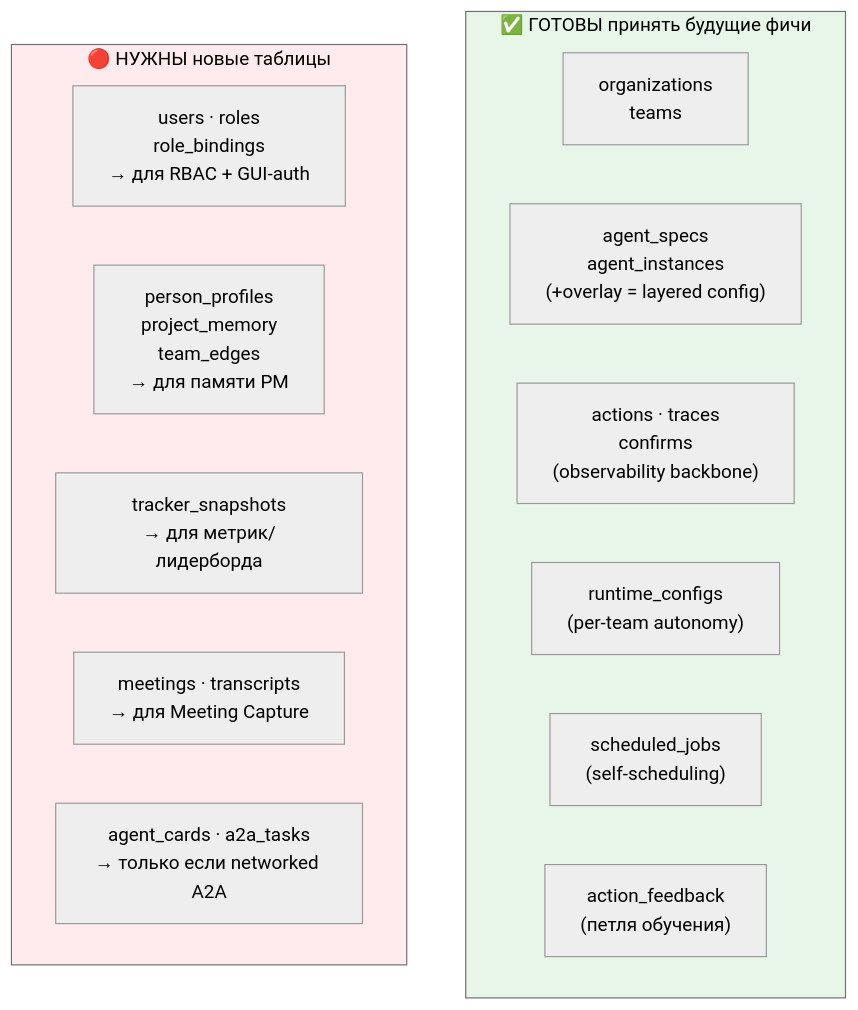
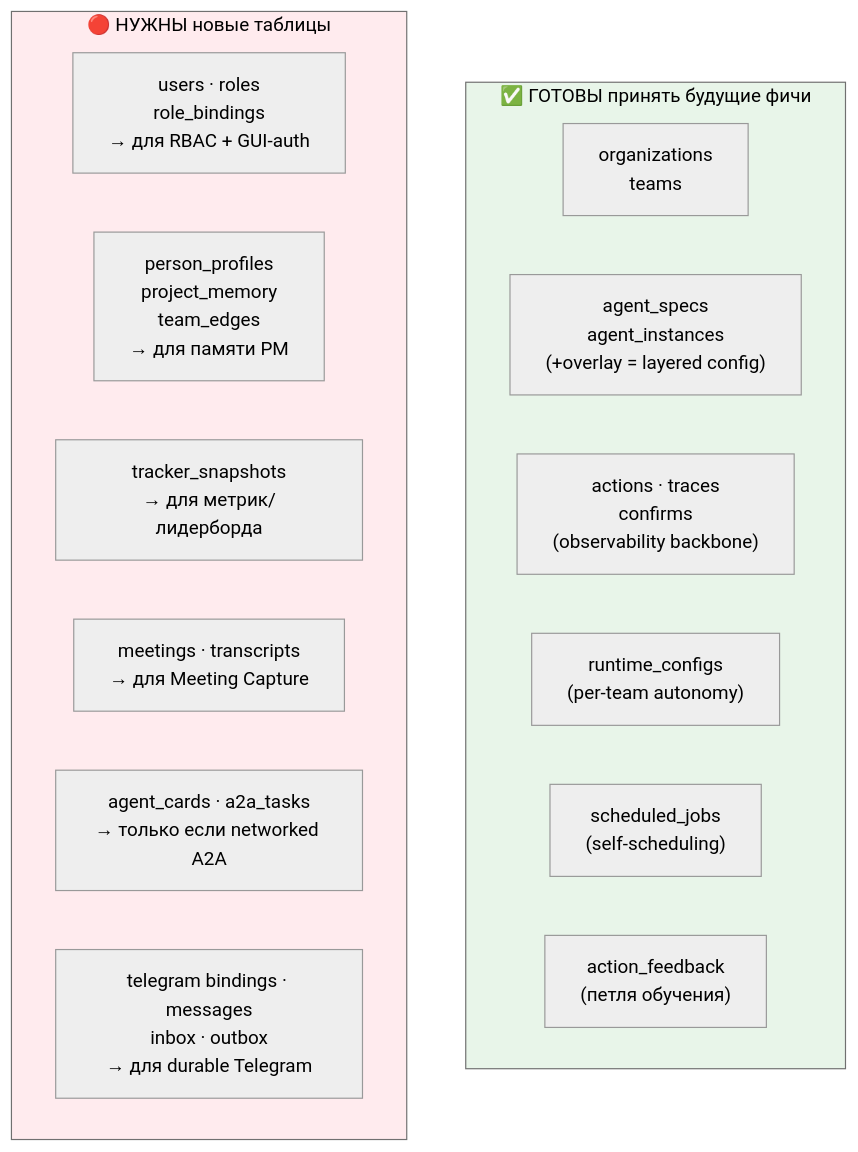
One commit to Kasuich/telegram_scrum_master changed the second of 13 diagrams in docs/TARGET_ARCHITECTURE.md. Above: the diagram before and after it, drawn with Mermaid (neutral theme). The commit also changed other lines of this file and 2 other files, not shown here.

Commit message:
docs(telegram): add complete two-server implementation plan

````diff
--- a/docs/TARGET_ARCHITECTURE.md
+++ b/docs/TARGET_ARCHITECTURE.md
@@ -77,24 +77,25 @@
 ```mermaid
 flowchart TB
     subgraph ready["✅ ГОТОВЫ принять будущие фичи"]
         direction LR
         T1["organizations<br/>teams"]
         T2["agent_specs<br/>agent_instances<br/>(+overlay = layered config)"]
         T3["actions · traces<br/>confirms<br/>(observability backbone)"]
         T4["runtime_configs<br/>(per-team autonomy)"]
         T5["scheduled_jobs<br/>(self-scheduling)"]
         T6["action_feedback<br/>(петля обучения)"]
     end
 
     subgraph gaps["🔴 НУЖНЫ новые таблицы"]
         direction LR
         G1["users · roles<br/>role_bindings<br/>→ для RBAC + GUI-auth"]
         G2["person_profiles<br/>project_memory<br/>team_edges<br/>→ для памяти PM"]
         G3["tracker_snapshots<br/>→ для метрик/лидерборда"]
         G5["meetings · transcripts<br/>→ для Meeting Capture"]
         G4["agent_cards · a2a_tasks<br/>→ только если networked A2A"]
+        G6["telegram bindings · messages<br/>inbox · outbox<br/>→ для durable Telegram"]
     end
 
     style ready fill:#e8f5e9,color:#000
     style gaps fill:#ffebee,color:#000
 ```
````
